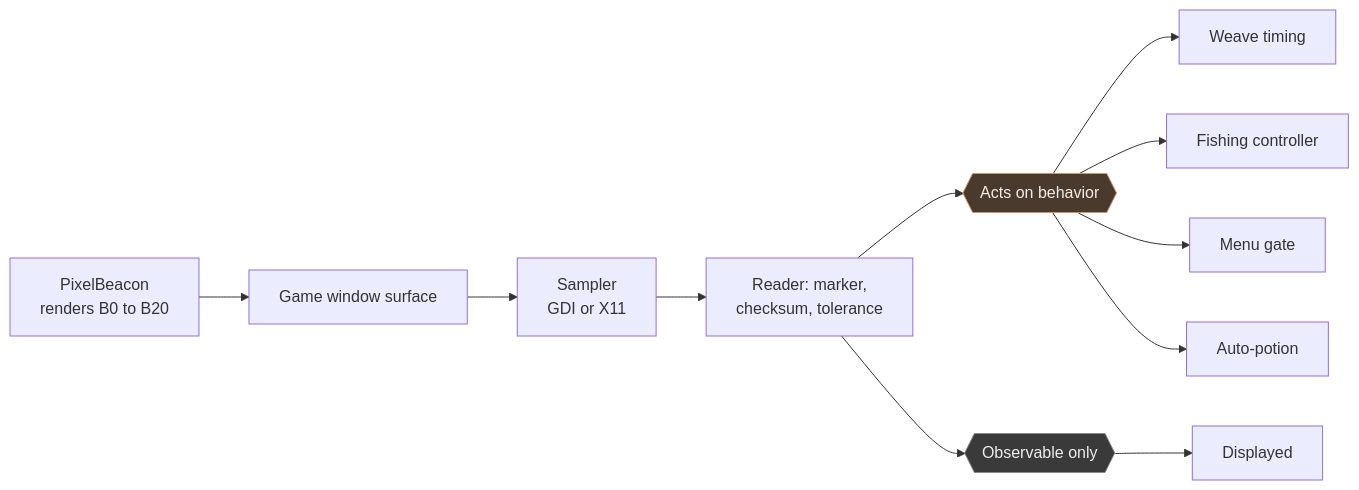
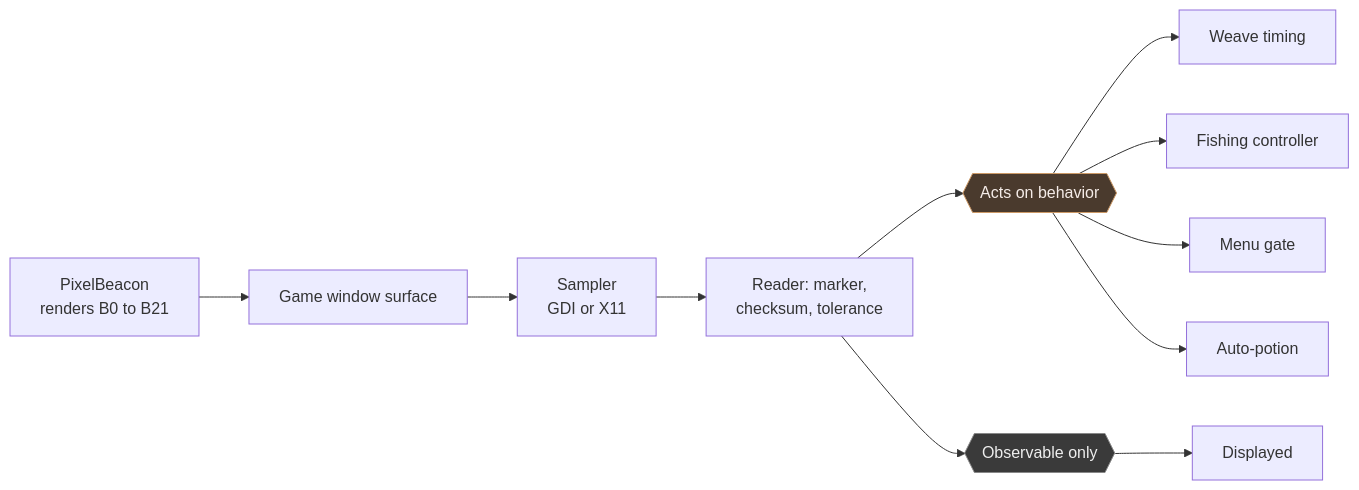
The fourth of 4 diagrams in docs/ESO-Weave-Specification.md (h8rt3rmin8r/eso-weave), drawn with Mermaid before and after one commit. The commit also changed other lines of this file and 37 other files, not shown here.

````diff
--- a/docs/ESO-Weave-Specification.md
+++ b/docs/ESO-Weave-Specification.md
@@ -613,16 +615,16 @@
 ```mermaid
 flowchart LR
-    ADDON[PixelBeacon<br/>renders B0 to B20] --> SURF[Game window surface]
+    ADDON[PixelBeacon<br/>renders B0 to B21] --> SURF[Game window surface]
     SURF --> SMP[Sampler<br/>GDI or X11]
     SMP --> RDR[Reader: marker,<br/>checksum, tolerance]
     RDR --> ACT{{Acts on behavior}}
     RDR --> OBS{{Observable only}}
     ACT --> WE[Weave timing]
     ACT --> FC[Fishing controller]
     ACT --> GATE[Menu gate]
     ACT --> AP[Auto-potion]
     OBS --> UI[Displayed]
 
     style ACT fill:#4a3a2d,stroke:#c96,color:#f5ece8
     style OBS fill:#3a3a3a,stroke:#888,color:#eee
 ```
````
